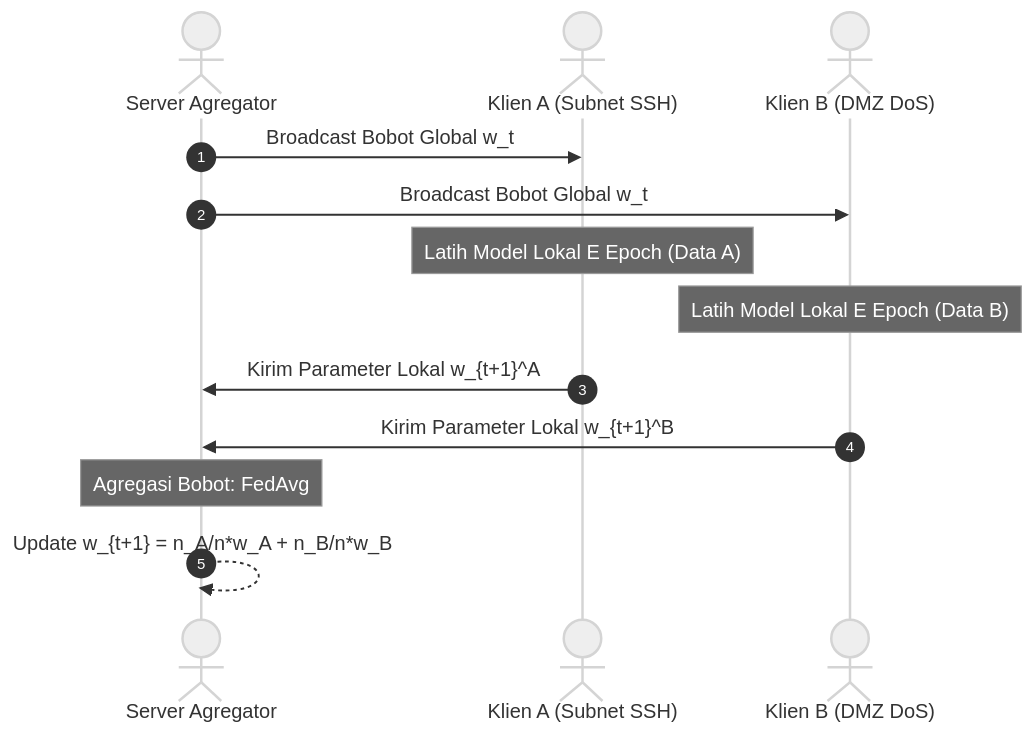
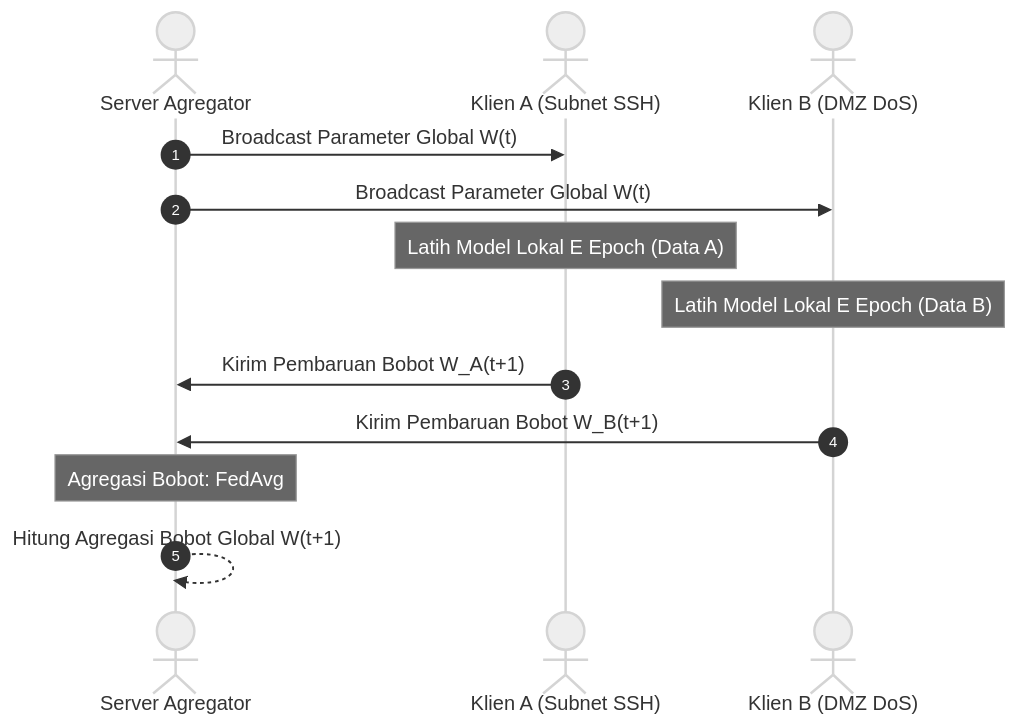
One commit to rhaffle87/brief-thesis changed the second of 5 diagrams in Penulisan/Bab-2-Tinjauan-Pustaka.md. Above: the diagram before and after it, drawn with Mermaid (neutral theme). The commit also changed other lines of this file and 2 other files, not shown here.

Commit message:
fix(math): standardisasi blok display math KaTeX dan perbaikan diagram sequence Mermaid

````diff
--- a/Penulisan/Bab-2-Tinjauan-Pustaka.md
+++ b/Penulisan/Bab-2-Tinjauan-Pustaka.md
@@ -96,16 +96,16 @@
 ```mermaid
 sequenceDiagram
     autonumber
     actor Server as Server Agregator
     actor ClientA as Klien A (Subnet SSH)
     actor ClientB as Klien B (DMZ DoS)
     
-    Server->>ClientA: Broadcast Bobot Global w_t
-    Server->>ClientB: Broadcast Bobot Global w_t
+    Server->>ClientA: Broadcast Parameter Global W(t)
+    Server->>ClientB: Broadcast Parameter Global W(t)
     Note over ClientA: Latih Model Lokal E Epoch (Data A)
     Note over ClientB: Latih Model Lokal E Epoch (Data B)
-    ClientA->>Server: Kirim Parameter Lokal w_{t+1}^A
-    ClientB->>Server: Kirim Parameter Lokal w_{t+1}^B
+    ClientA->>Server: Kirim Pembaruan Bobot W_A(t+1)
+    ClientB->>Server: Kirim Pembaruan Bobot W_B(t+1)
     Note over Server: Agregasi Bobot: FedAvg
-    Server-->>Server: Update w_{t+1} = n_A/n*w_A + n_B/n*w_B
+    Server-->>Server: Hitung Agregasi Bobot Global W(t+1)
 ```
````
